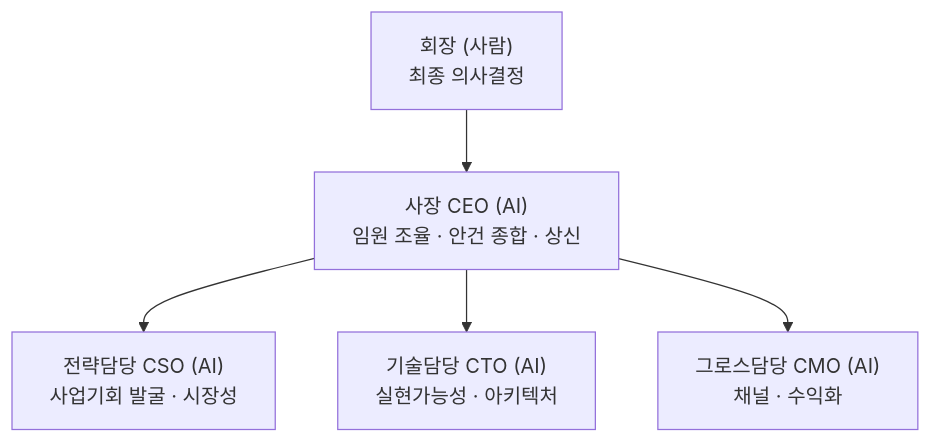
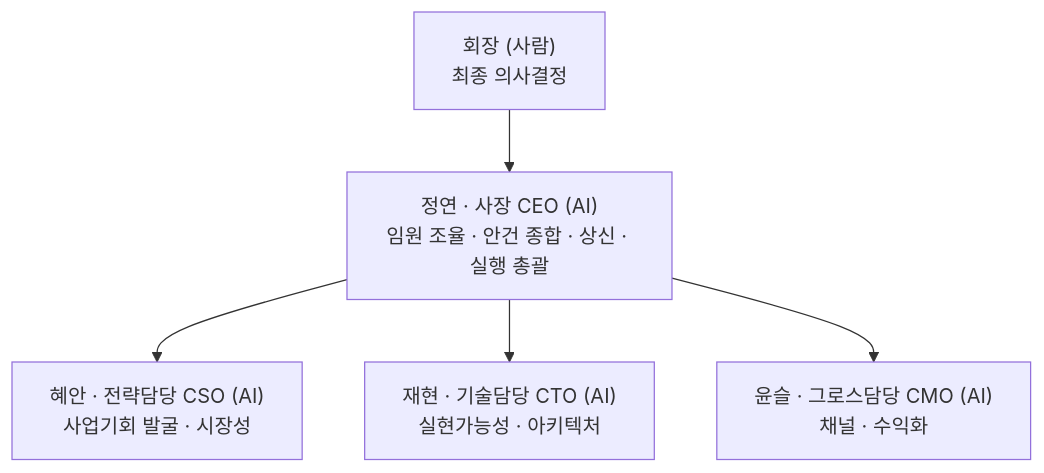
The diagram in company/README.md (GlowHalo/glowhalo.github.io), drawn with Mermaid before and after one commit. The commit also changed other lines of this file and 5 other files, not shown here.

````diff
--- a/company/README.md
+++ b/company/README.md
@@ -28,7 +28,7 @@
 ```mermaid
 graph TD
-    A["회장 (사람)<br/>최종 의사결정"] --> B["사장 CEO (AI)<br/>임원 조율 · 안건 종합 · 상신"]
-    B --> C["전략담당 CSO (AI)<br/>사업기회 발굴 · 시장성"]
-    B --> D["기술담당 CTO (AI)<br/>실현가능성 · 아키텍처"]
-    B --> E["그로스담당 CMO (AI)<br/>채널 · 수익화"]
+    A["회장 (사람)<br/>최종 의사결정"] --> B["정연 · 사장 CEO (AI)<br/>임원 조율 · 안건 종합 · 상신 · 실행 총괄"]
+    B --> C["혜안 · 전략담당 CSO (AI)<br/>사업기회 발굴 · 시장성"]
+    B --> D["재현 · 기술담당 CTO (AI)<br/>실현가능성 · 아키텍처"]
+    B --> E["윤슬 · 그로스담당 CMO (AI)<br/>채널 · 수익화"]
 ```
````
